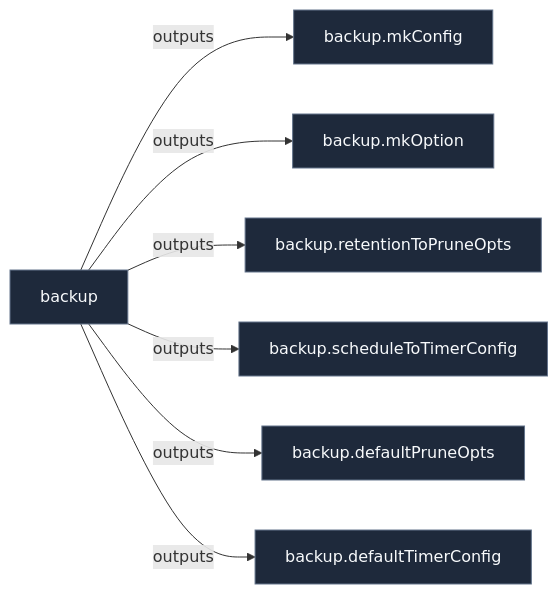
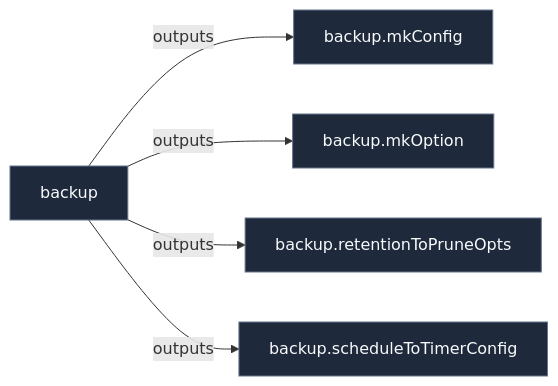
Before and after one commit to LW-54/nixconf: the diagram in docs/lib/backup.md, drawn with Mermaid. The commit also changed other lines of this file and 67 other files, not shown here.

````diff
--- a/docs/lib/backup.md
+++ b/docs/lib/backup.md
@@ -13,38 +13,32 @@
 ```mermaid
 flowchart LR
   urn__nixconf__ast__function__backup_mkConfig["backup.mkConfig"]:::defaultNode
     urn__nixconf__ast__function__backup_mkOption["backup.mkOption"]:::defaultNode
     urn__nixconf__ast__function__backup_retentionToPruneOpts["backup.retentionToPruneOpts"]:::defaultNode
     urn__nixconf__ast__function__backup_scheduleToTimerConfig["backup.scheduleToTimerConfig"]:::defaultNode
-    urn__nixconf__ast__symbol__backup_defaultPruneOpts["backup.defaultPruneOpts"]:::defaultNode
-    urn__nixconf__ast__symbol__backup_defaultTimerConfig["backup.defaultTimerConfig"]:::defaultNode
     urn__nixconf__onto__lib__backup["backup"]:::defaultNode
 
     urn__nixconf__onto__lib__backup -->|outputs| urn__nixconf__ast__function__backup_mkConfig
     urn__nixconf__onto__lib__backup -->|outputs| urn__nixconf__ast__function__backup_mkOption
     urn__nixconf__onto__lib__backup -->|outputs| urn__nixconf__ast__function__backup_retentionToPruneOpts
     urn__nixconf__onto__lib__backup -->|outputs| urn__nixconf__ast__function__backup_scheduleToTimerConfig
-    urn__nixconf__onto__lib__backup -->|outputs| urn__nixconf__ast__symbol__backup_defaultPruneOpts
-    urn__nixconf__onto__lib__backup -->|outputs| urn__nixconf__ast__symbol__backup_defaultTimerConfig
 
 
     click urn__nixconf__ast__function__backup_mkConfig href "backup.md" "backup.mkConfig"
     click urn__nixconf__ast__function__backup_mkOption href "backup.md" "backup.mkOption"
     click urn__nixconf__ast__function__backup_retentionToPruneOpts href "backup.md" "backup.retentionToPruneOpts"
     click urn__nixconf__ast__function__backup_scheduleToTimerConfig href "backup.md" "backup.scheduleToTimerConfig"
-    click urn__nixconf__ast__symbol__backup_defaultPruneOpts href "backup.md" "backup.defaultPruneOpts"
-    click urn__nixconf__ast__symbol__backup_defaultTimerConfig href "backup.md" "backup.defaultTimerConfig"
     click urn__nixconf__onto__lib__backup href "backup.md" "backup"
 
   %% Semantic Visual Classes
   classDef hostNode fill:#1e293b,stroke:#38bdf8,stroke-width:2px,color:#f8fafc;
   classDef contractNode fill:#1e1b4b,stroke:#818cf8,stroke-width:2px,color:#f8fafc;
   classDef implNode fill:#0f172a,stroke:#34d399,stroke-width:2px,color:#f8fafc;
   classDef featureNode fill:#134e4a,stroke:#2dd4bf,stroke-width:2px,color:#f8fafc;
   classDef optNode fill:#422006,stroke:#facc15,stroke-width:1px,color:#fefce8;
   classDef typeNode fill:#3b0764,stroke:#c084fc,stroke-width:1px,color:#faf5ff;
   classDef pkgNode fill:#4c0519,stroke:#fb7185,stroke-width:1px,color:#fff1f2;
   classDef devShellNode fill:#451a03,stroke:#fb923c,stroke-width:1px,color:#fff7ed;
   classDef drvNode fill:#18181b,stroke:#a1a1aa,stroke-width:1px,color:#f4f4f5;
   classDef defaultNode fill:#1e293b,stroke:#64748b,stroke-width:1px,color:#f8fafc;
 ```
````
